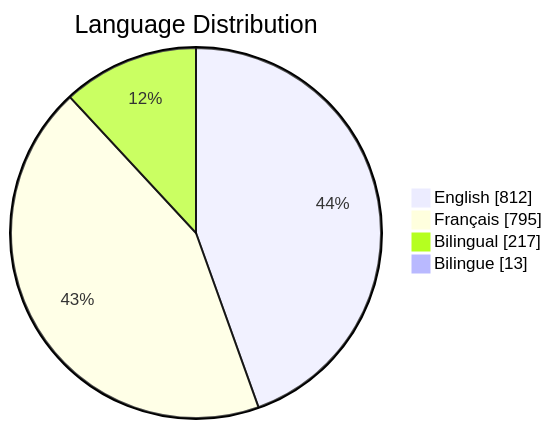
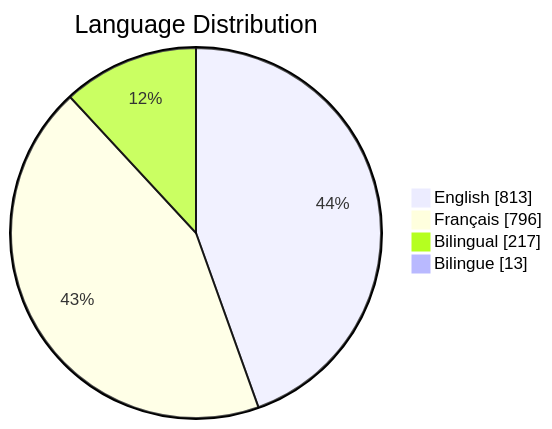
The third of 6 diagrams in README.md (PatLittle/GC-Socials), drawn with Mermaid before and after one commit. The commit also changed other lines of this file, not shown here.

Commit message:
Update README with Platform Distribution pie chart

````diff
--- a/README.md
+++ b/README.md
@@ -65,7 +65,7 @@
 ```mermaid
 pie showData title Language Distribution
-    "English": 812
-    "Français": 795
+    "English": 813
+    "Français": 796
     "Bilingual": 217
     "Bilingue": 13
 ```
````
